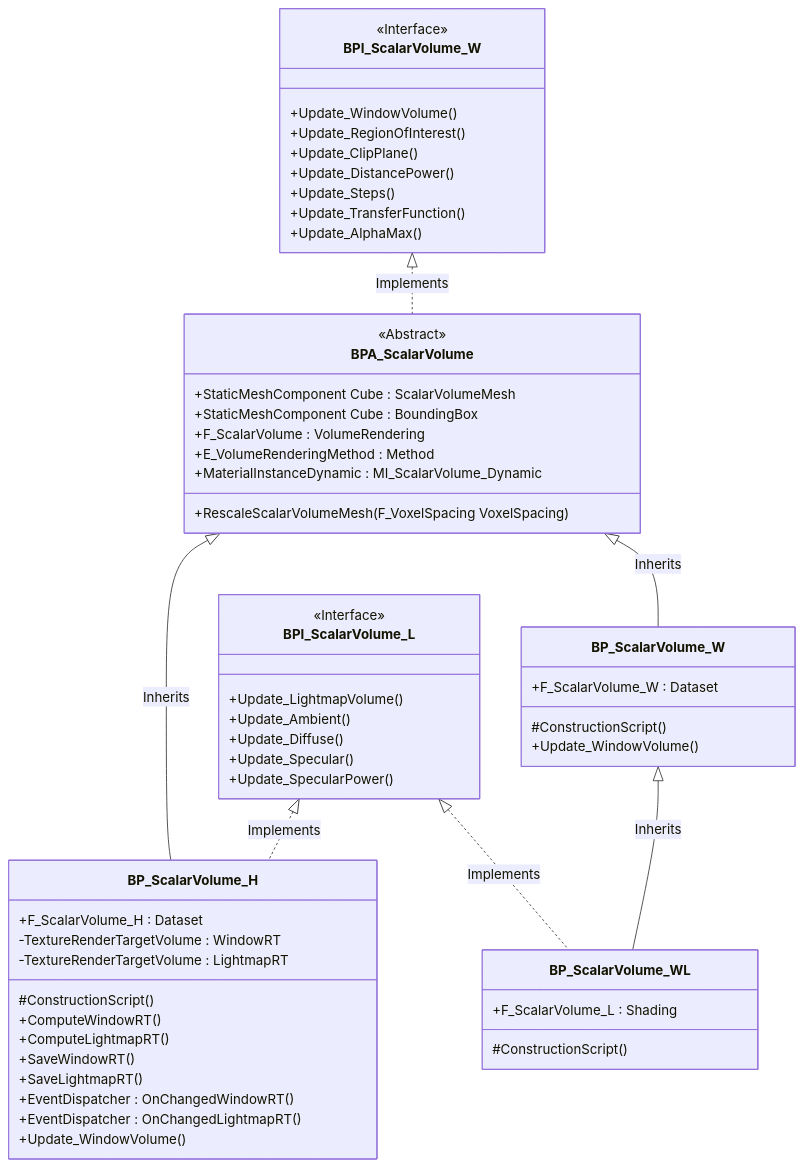
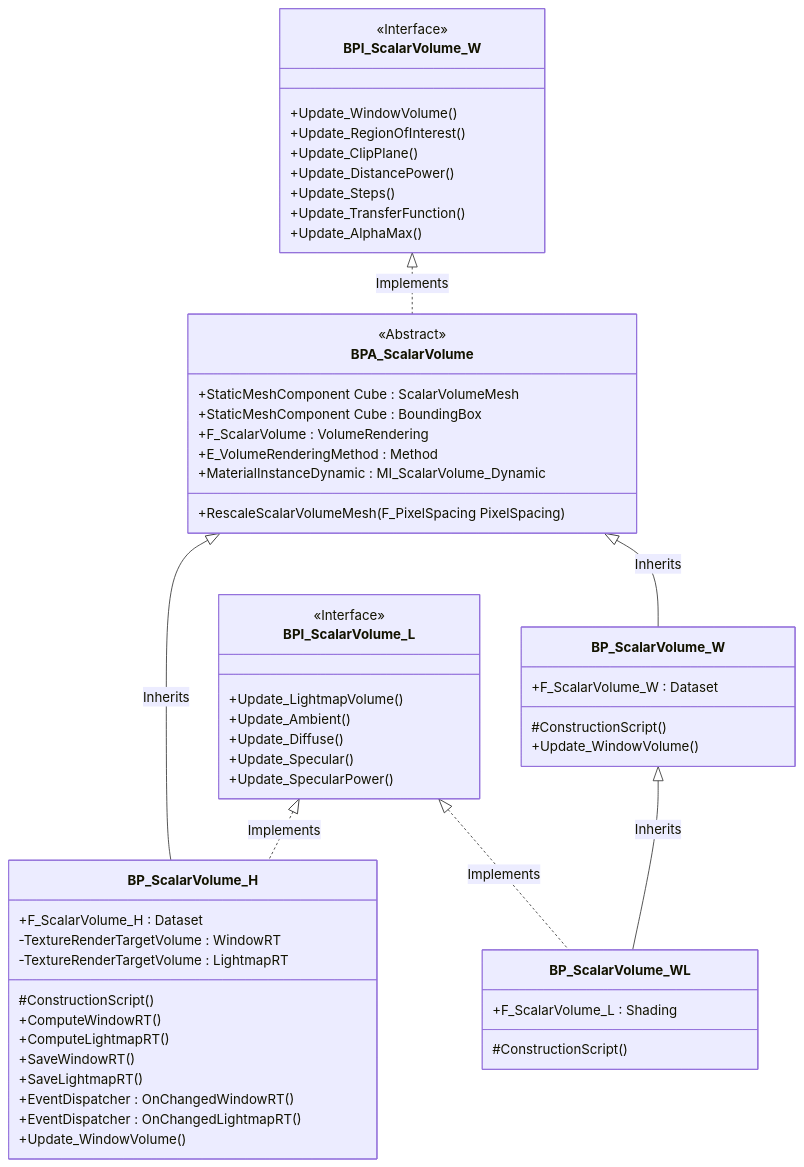
One commit to brugr9/UEPluginVolumeCreator changed the first of 2 diagrams in README.md. Above: the diagram before and after it, drawn with Mermaid. The commit also changed other lines of this file and 3 other files, not shown here.

````diff
--- a/README.md
+++ b/README.md
@@ -152,62 +138,62 @@
 ```mermaid
 classDiagram
   class BPA_ScalarVolume{
     <<Abstract>>
     +StaticMeshComponent Cube : ScalarVolumeMesh
     +StaticMeshComponent Cube : BoundingBox
     +F_ScalarVolume : VolumeRendering
     +E_VolumeRenderingMethod : Method
     +MaterialInstanceDynamic : MI_ScalarVolume_Dynamic
-    +RescaleScalarVolumeMesh(F_VoxelSpacing VoxelSpacing)
+    +RescaleScalarVolumeMesh(F_PixelSpacing PixelSpacing)
   }
   class BP_ScalarVolume_H{
     +F_ScalarVolume_H : Dataset
     -TextureRenderTargetVolume : WindowRT
     -TextureRenderTargetVolume : LightmapRT
     #ConstructionScript()
     +ComputeWindowRT()
     +ComputeLightmapRT()
     +SaveWindowRT()
     +SaveLightmapRT()
     +EventDispatcher : OnChangedWindowRT()
     +EventDispatcher : OnChangedLightmapRT()
     +Update_WindowVolume()
   }
   class BPI_ScalarVolume_W{
     <<Interface>>
     +Update_WindowVolume()
     +Update_RegionOfInterest()
     +Update_ClipPlane()
     +Update_DistancePower()
     +Update_Steps()
     +Update_TransferFunction()
     +Update_AlphaMax()
   }
   class BPI_ScalarVolume_L{
     <<Interface>>
     +Update_LightmapVolume()
     +Update_Ambient()
     +Update_Diffuse()
     +Update_Specular()
     +Update_SpecularPower()
   }
   class BP_ScalarVolume_W{
     +F_ScalarVolume_W : Dataset
     #ConstructionScript()
     +Update_WindowVolume()
   }
   class BP_ScalarVolume_WL{
     +F_ScalarVolume_L : Shading
     #ConstructionScript()
   }
 
   BPA_ScalarVolume <|-- BP_ScalarVolume_H : Inherits
   BPI_ScalarVolume_W <|.. BPA_ScalarVolume : Implements
   BPI_ScalarVolume_L <|.. BP_ScalarVolume_H : Implements
 
   BPI_ScalarVolume_L <|.. BP_ScalarVolume_WL : Implements
 
   BPA_ScalarVolume <|-- BP_ScalarVolume_W : Inherits
   BP_ScalarVolume_W <|-- BP_ScalarVolume_WL : Inherits  
 
 ```
````
